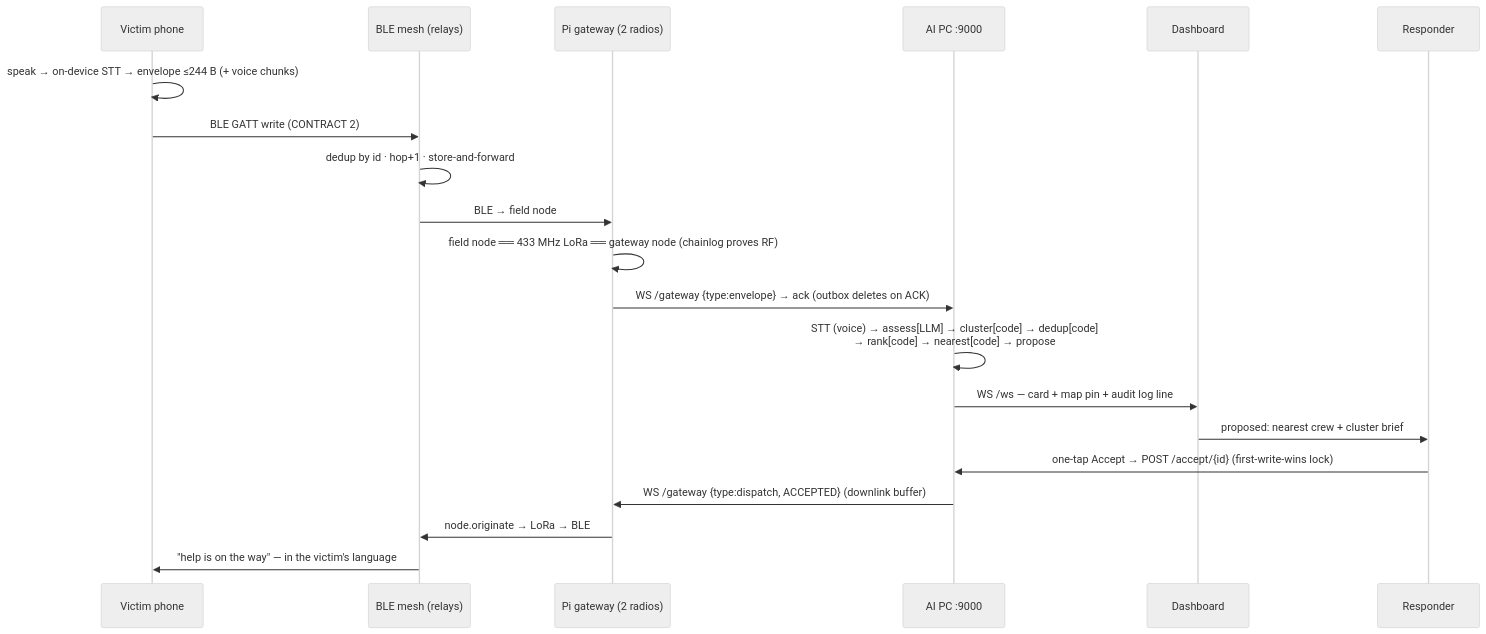
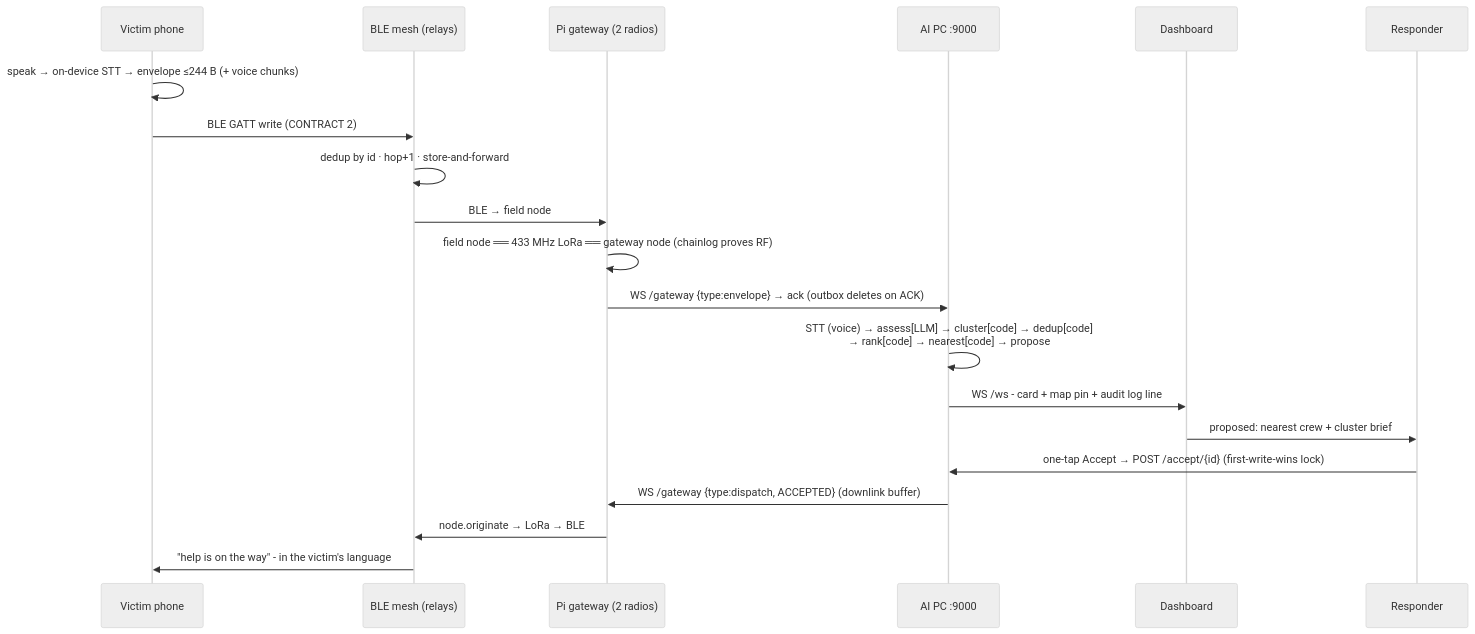
The third of 6 diagrams in docs/ARCHITECTURE-DIAGRAM.md (Kesav2k04/Sankat-Mochan), drawn with Mermaid (neutral theme) before and after one commit. The commit also changed other lines of this file and 111 other files, not shown here.

````diff
--- a/docs/ARCHITECTURE-DIAGRAM.md
+++ b/docs/ARCHITECTURE-DIAGRAM.md
@@ -110,23 +110,23 @@
 ```mermaid
 sequenceDiagram
     participant V as Victim phone
     participant M as BLE mesh (relays)
     participant P as Pi gateway (2 radios)
     participant A as AI PC :9000
     participant D as Dashboard
     participant R as Responder
 
     V->>V: speak → on-device STT → envelope ≤244 B (+ voice chunks)
     V->>M: BLE GATT write (CONTRACT 2)
     M->>M: dedup by id · hop+1 · store-and-forward
     M->>P: BLE → field node
     P->>P: field node ══ 433 MHz LoRa ══ gateway node (chainlog proves RF)
     P->>A: WS /gateway {type:envelope} → ack (outbox deletes on ACK)
     A->>A: STT (voice) → assess[LLM] → cluster[code] → dedup[code]<br/>→ rank[code] → nearest[code] → propose
-    A->>D: WS /ws — card + map pin + audit log line
+    A->>D: WS /ws - card + map pin + audit log line
     D->>R: proposed: nearest crew + cluster brief
     R->>A: one-tap Accept → POST /accept/{id} (first-write-wins lock)
     A->>P: WS /gateway {type:dispatch, ACCEPTED} (downlink buffer)
     P->>M: node.originate → LoRa → BLE
-    M->>V: "help is on the way" — in the victim's language
+    M->>V: "help is on the way" - in the victim's language
 ```
````
